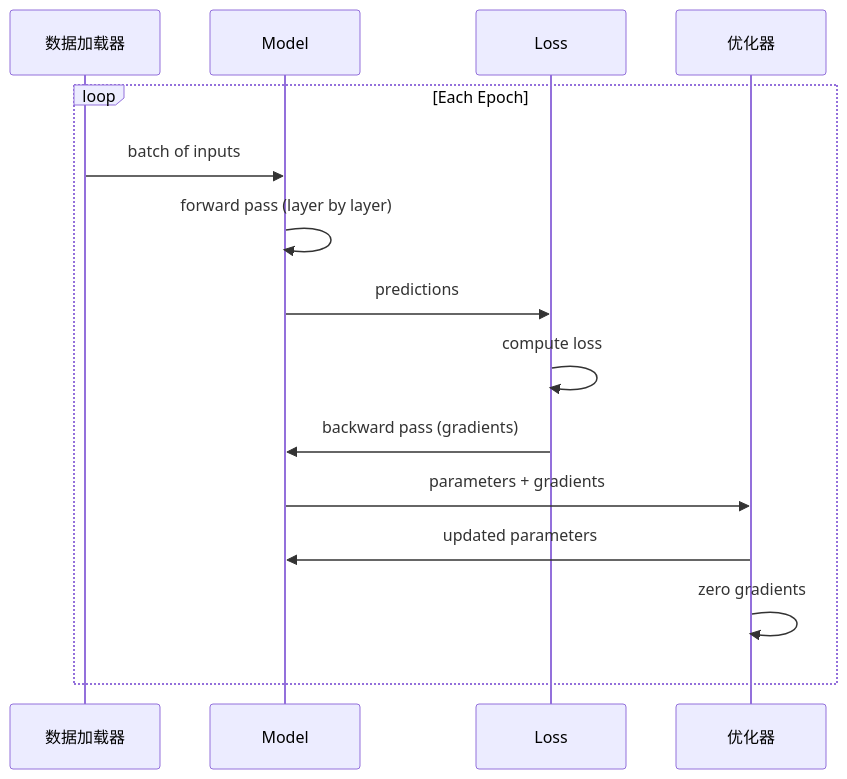
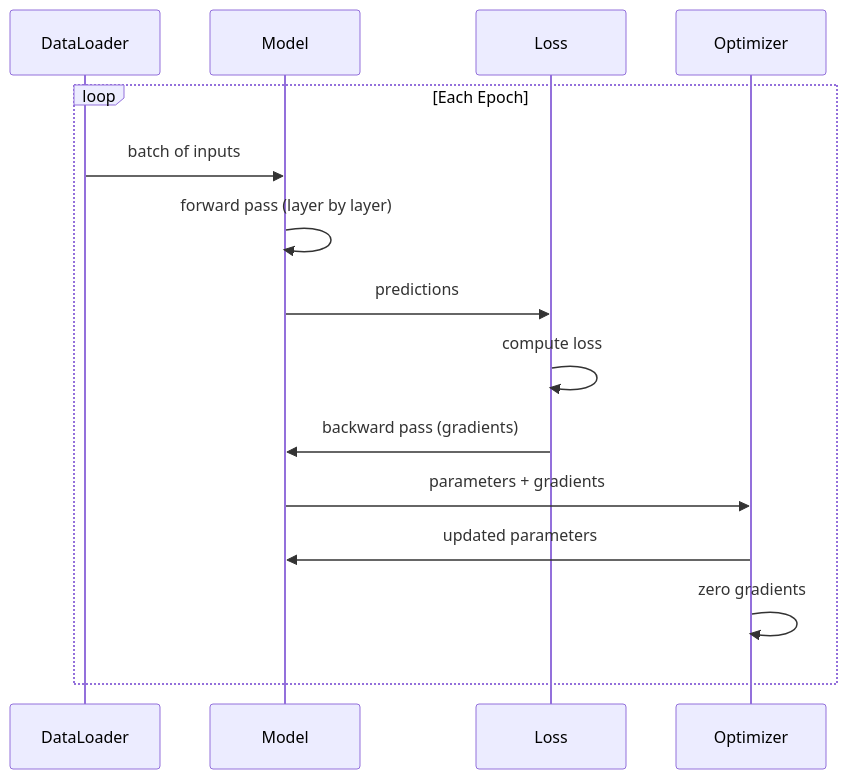
The second of 3 diagrams in phases/03-deep-learning-core/10-mini-framework/docs/zh.md (arwei944/ai-engineering-from-scratch), drawn with Mermaid before and after one commit. The commit also changed other lines of this file and 65 other files, not shown here.

````diff
--- a/phases/03-deep-learning-core/10-mini-framework/docs/zh.md
+++ b/phases/03-deep-learning-core/10-mini-framework/docs/zh.md
@@ -94,18 +94,18 @@
 ```mermaid
 sequenceDiagram
-    participant DL as 数据加载器
+    participant DL as DataLoader
     participant M as Model
     participant L as Loss
-    participant O as 优化器
+    participant O as Optimizer
 
     loop Each Epoch
         DL->>M: batch of inputs
         M->>M: forward pass (layer by layer)
         M->>L: predictions
         L->>L: compute loss
         L->>M: backward pass (gradients)
         M->>O: parameters + gradients
         O->>M: updated parameters
         O->>O: zero gradients
     end
 ```
````
